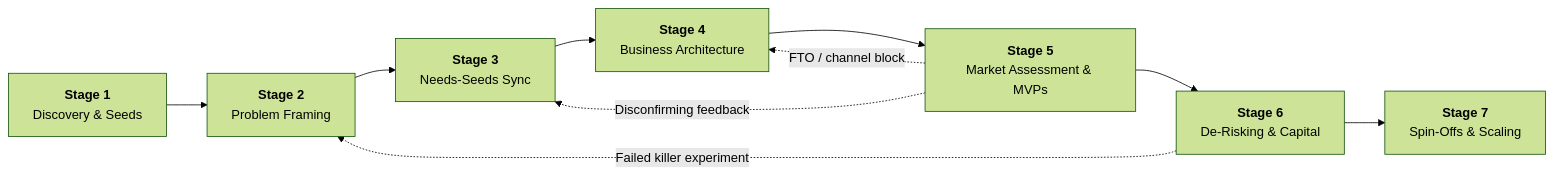
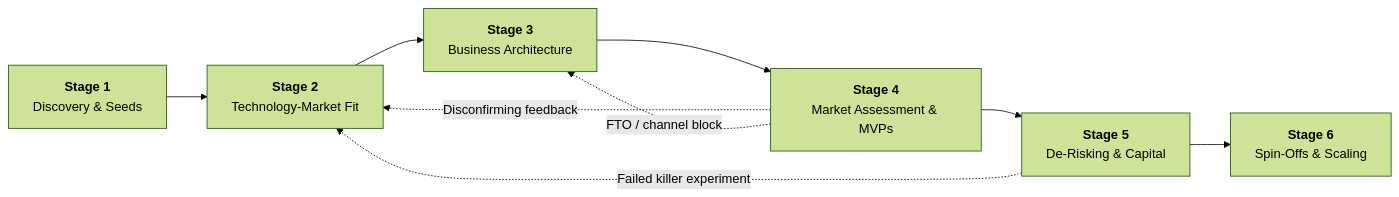
Before and after one commit to nghuyenthevinh2000/innovation-research: the second of 2 diagrams in README.md, drawn with Mermaid (forest theme). The commit also changed other lines of this file and 26 other files, not shown here.

Commit message:
feat(stages): merge Stage 2 and 3 into Technology-Market Fit 6-stage lifecycle

````diff
--- a/README.md
+++ b/README.md
@@ -52,13 +52,12 @@
 ```mermaid
 flowchart LR
-    S1["<b>Stage 1</b><br/>Discovery & Seeds"] --> S2["<b>Stage 2</b><br/>Problem Framing"]
-    S2 --> S3["<b>Stage 3</b><br/>Needs-Seeds Sync"]
-    S3 --> S4["<b>Stage 4</b><br/>Business Architecture"]
-    S4 --> S5["<b>Stage 5</b><br/>Market Assessment & MVPs"]
-    S5 --> S6["<b>Stage 6</b><br/>De-Risking & Capital"]
-    S6 --> S7["<b>Stage 7</b><br/>Spin-Offs & Scaling"]
+    S1["<b>Stage 1</b><br/>Discovery & Seeds"] --> S2["<b>Stage 2</b><br/>Technology-Market Fit"]
+    S2 --> S3["<b>Stage 3</b><br/>Business Architecture"]
+    S3 --> S4["<b>Stage 4</b><br/>Market Assessment & MVPs"]
+    S4 --> S5["<b>Stage 5</b><br/>De-Risking & Capital"]
+    S5 --> S6["<b>Stage 6</b><br/>Spin-Offs & Scaling"]
 
-    S5 -.->|"Disconfirming feedback"| S3
-    S5 -.->|"FTO / channel block"| S4
-    S6 -.->|"Failed killer experiment"| S2
+    S4 -.->|"Disconfirming feedback"| S2
+    S4 -.->|"FTO / channel block"| S3
+    S5 -.->|"Failed killer experiment"| S2
 ```
````
